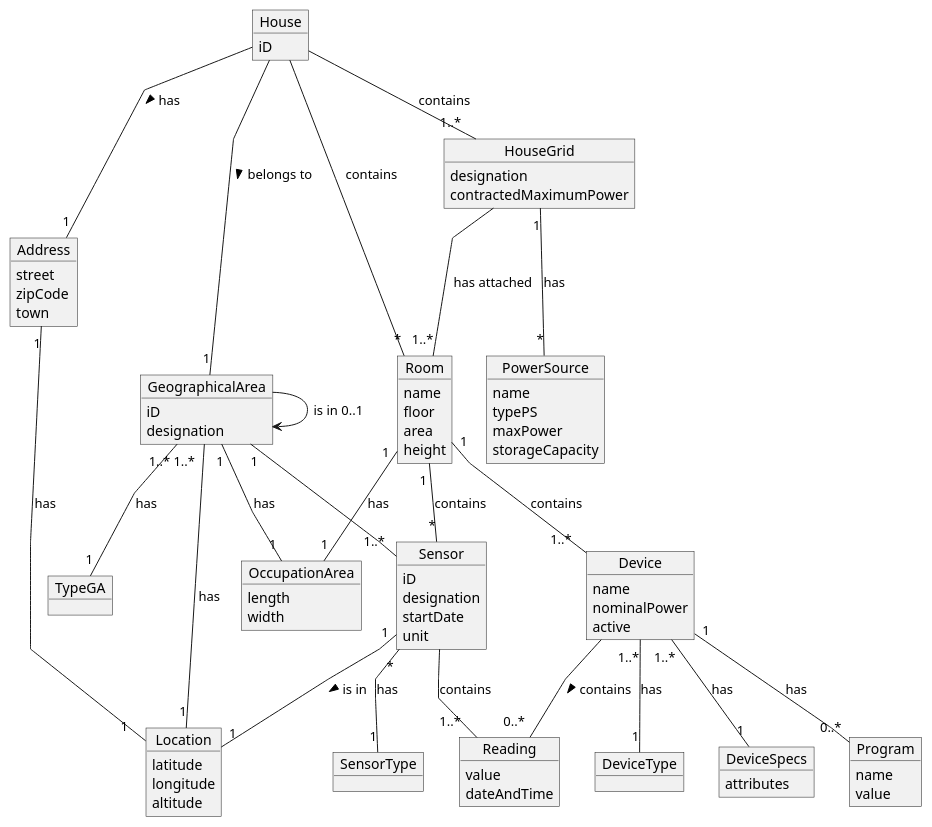
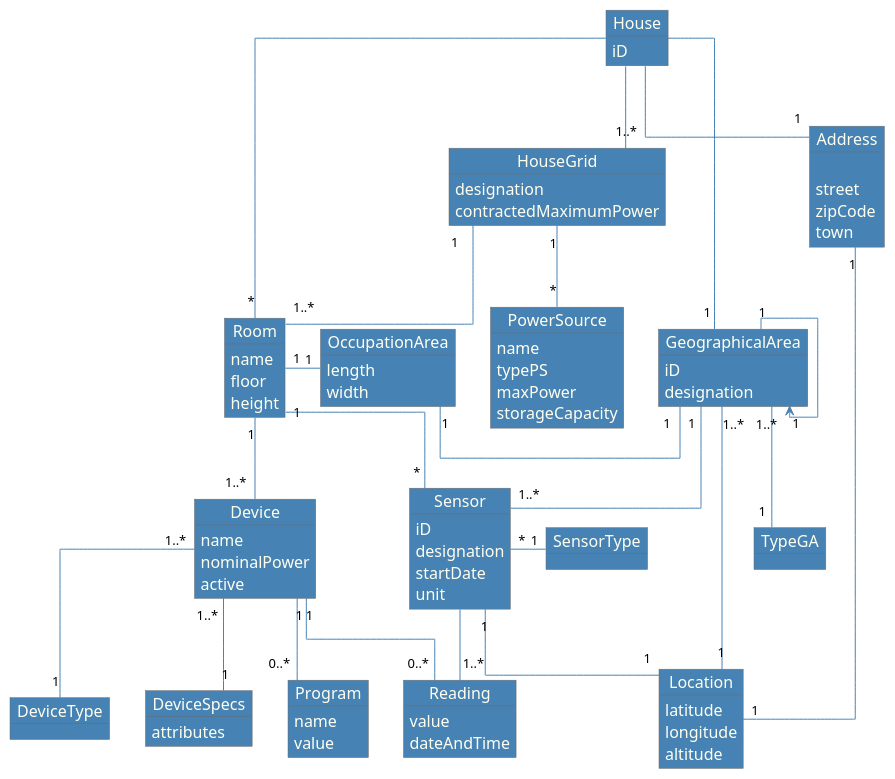
The diagram in doc/DomainModel.puml (emanuel-pereira/hou), drawn with PlantUML before and after one commit.

Commit message:
Remake of the Domain Model Diagram

```diff
--- a/doc/DomainModel.puml
+++ b/doc/DomainModel.puml
@@ -1,119 +1,131 @@
 @startuml
-skinparam linetype polyline
+skinparam linetype ortho
 
-object House{
+skinparam object {
+	ArrowColor SteelBlue
+	BorderColor Dimgray
+	BackgroundColor SteelBlue
+
+	AttributeFontColor #FFF
+	AttributeFontName Calibri
+	AttributeFontSize 12
+	AttributeBackgroundColor White
+
+	FontColor Ivory
+	FontSize 16
+}
+
+object House {
 iD
 }
 
 object Address {
+<color: White>
 street
 zipCode
 town
 }
 
 object GeographicalArea{
 iD
 designation
 }
 
 object Location{
 latitude
 longitude
 altitude
 }
 
 object TypeGA
 
 
 object OccupationArea{
 length
 width
 }
 
 
 object Room{
 name
 floor
-area
 height
 }
 
 
 object Sensor{
 iD
 designation
 startDate
 unit
 }
 
 object SensorType
 
 object HouseGrid {
 designation
 contractedMaximumPower
 }
 
 object Reading{
 value
 dateAndTime
 }
 
 object Device {
 name
 nominalPower
 active
 }
 
 object DeviceType
 
 object DeviceSpecs{
 attributes
 }
 
 object PowerSource{
 name
 typePS
 maxPower
 storageCapacity
 }
 
 object Program{
 name
 value
 }
 
-House -- "1" GeographicalArea: > belongs to
-House -- "1" Address: has >
-House -- "1..*" HouseGrid: contains
-HouseGrid --  "1..*" Room: has attached
-House --"*" Room: contains
+House - "1" GeographicalArea
+House -- "1" Address
+House -"*" Room
 
-Address "1" -- "1   " Location: has
+House -- "1..*" HouseGrid
+HouseGrid "1" -- "1..*" Room
+HouseGrid "1" -- "*" PowerSource
 
-GeographicalArea ->  GeographicalArea: is in 0..1
-GeographicalArea "1..*"-- "1" TypeGA: has
-GeographicalArea"   1" -- "1..* " Sensor
-GeographicalArea "   1"-- "    1" OccupationArea: has
-GeographicalArea "1..*  "-- "1" Location: has
+Address "1" - "1   " Location
 
-Room "1 " -- "*" Sensor: contains
-Room "1" -- "1..*  "Device: contains
-Room "1"-- "1" OccupationArea: has
+GeographicalArea"1" -> "1"GeographicalArea
+GeographicalArea "1..*"-- "1" TypeGA
+GeographicalArea"1" -- "1..* " Sensor
+OccupationArea "1" - "1" GeographicalArea
+GeographicalArea "1..*  "- "1" Location
+
+Room "1 " -- "*" Sensor
+Room "1" -- "1..*  "Device
+Room "1"- "1" OccupationArea
 
 
-Sensor -- "1..*  "Reading: contains
-Sensor "*" -- "1" SensorType: has
-Sensor "1" -- "1" Location: > is in
-
-HouseGrid "1" --  "*" PowerSource: has
-
-Device "1..*" -- "1" DeviceType: has
-Device "1..*" -- "1" DeviceSpecs: has
-Device -- "0..*  "Reading: > contains
-Device "1" -- "0..*" Program: has
+Sensor -- "1..*  "Reading
+Sensor "*" - "1" SensorType
+Sensor "1" -- "1" Location
 
 
-
+Device "1..*" -- "1" DeviceSpecs
+Device "1..*" -- "1" DeviceType
+Device "1" -- "0..*" Program
+Device "1"-- "0..*"Reading
 
 
 @enduml
```
